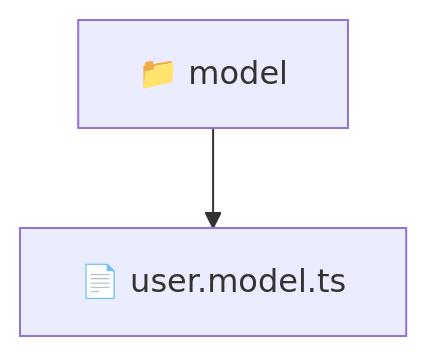
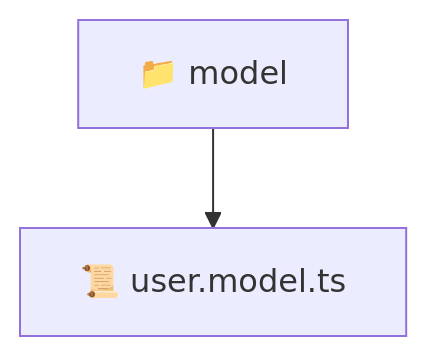
The diagram in frontend/src/entities/user/model/README.md (beginwebdev2002/fullstack-mavluda), drawn with Mermaid before and after one commit. The commit also changed other lines of this file and 163 other files, not shown here.

````diff
--- a/frontend/src/entities/user/model/README.md
+++ b/frontend/src/entities/user/model/README.md
@@ -11,5 +11,5 @@
 ```mermaid
 graph TD
-  Root["📁 model"]
-  Root --> user_model_ts["📄 user.model.ts"]
+  model["📁 model"]
+  model --> user_model_ts["📜 user.model.ts"]
 ```
````
